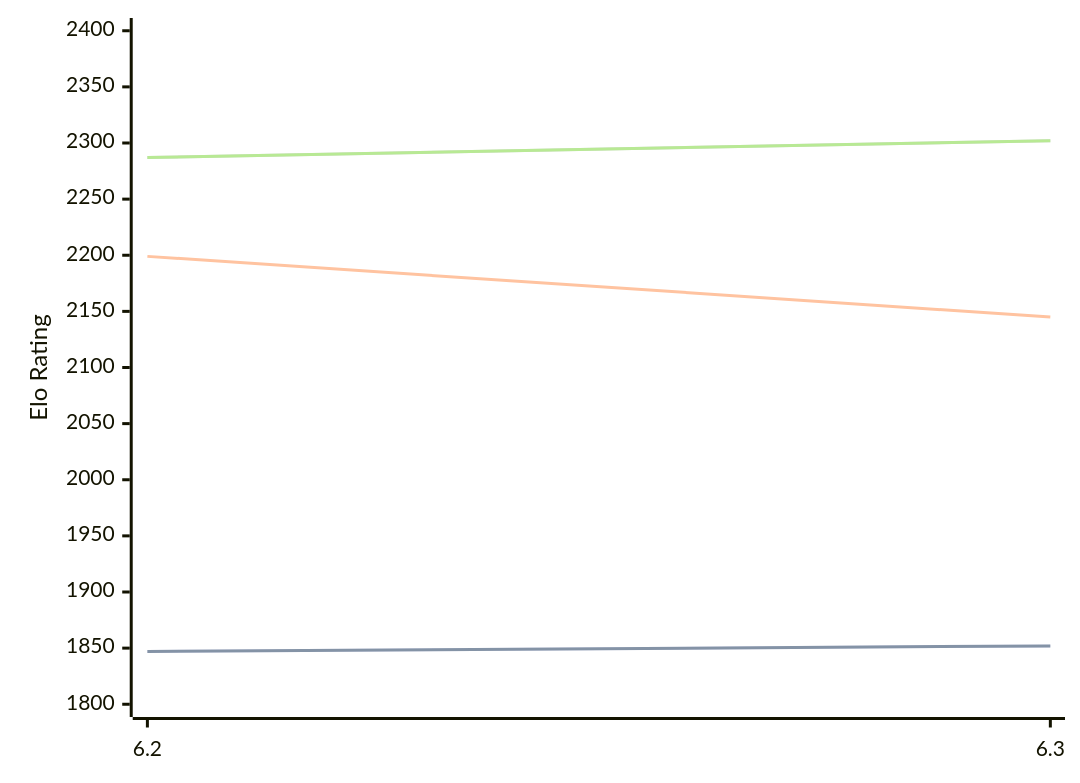
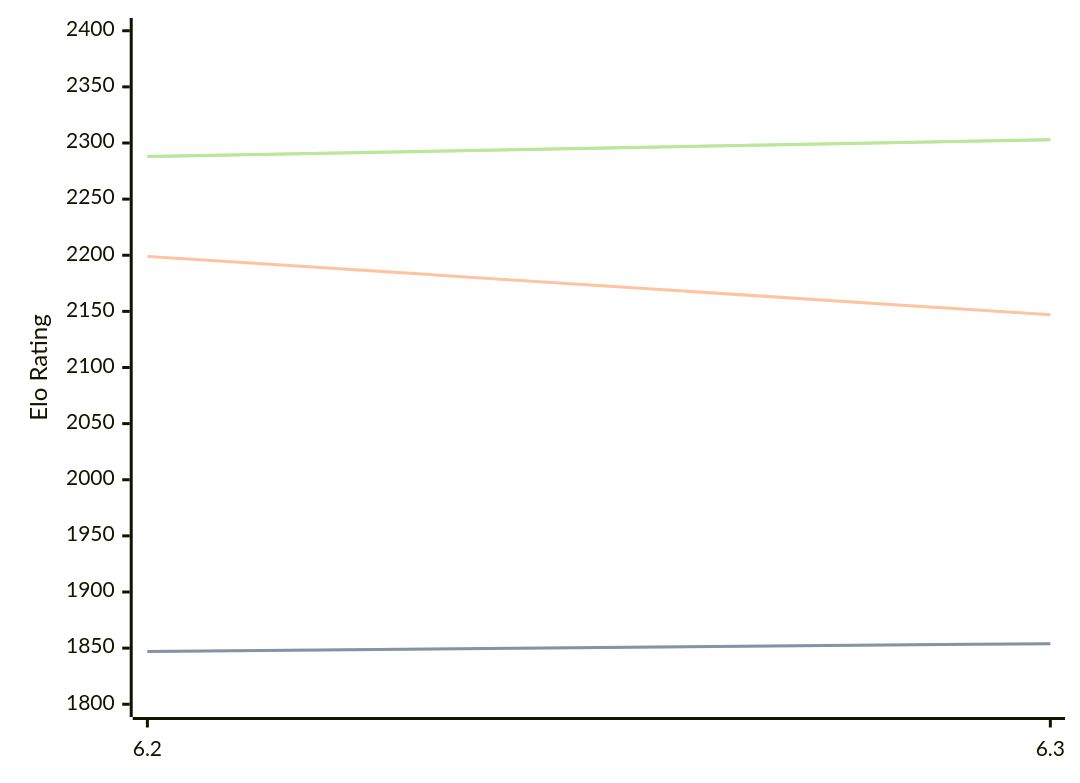
The third of 3 diagrams in engines/chess4j.md (computer-chess-index/cci), drawn with Mermaid before and after one commit. The commit also changed other lines of this file, not shown here.

Commit message:
Update CCI Ratings (ELO VLTC) - 2026-06-23

````diff
--- a/engines/chess4j.md
+++ b/engines/chess4j.md
@@ -71,11 +71,11 @@
 ```mermaid
 %%{init: {"theme":"base","themeVariables":{"seriesColors:['#a3a3a3','#222221','#faa371']}}}%%
 xychart-beta
   x-axis ["6.2", "6.3"]
   y-axis "Elo Rating" 1800 --> 2400
-  line "STC (8.0+0.08s)" [1847, 1852]
-  line "STC (8.0+0.08s)" [1847, 1852]
-  line "LTC (60.0+0.60s)" [2199, 2145]
-  line "VLTC (2m24s+1.12s)" [2287, 2302]
-  line "VLTC (2m24s+1.12s)" [2287, 2302]
+  line "STC (8.0+0.08s)" [1847, 1854]
+  line "STC (8.0+0.08s)" [1847, 1854]
+  line "LTC (60.0+0.60s)" [2199, 2147]
+  line "VLTC (2m24s+1.12s)" [2288, 2303]
+  line "VLTC (2m24s+1.12s)" [2288, 2303]
 ```
````
